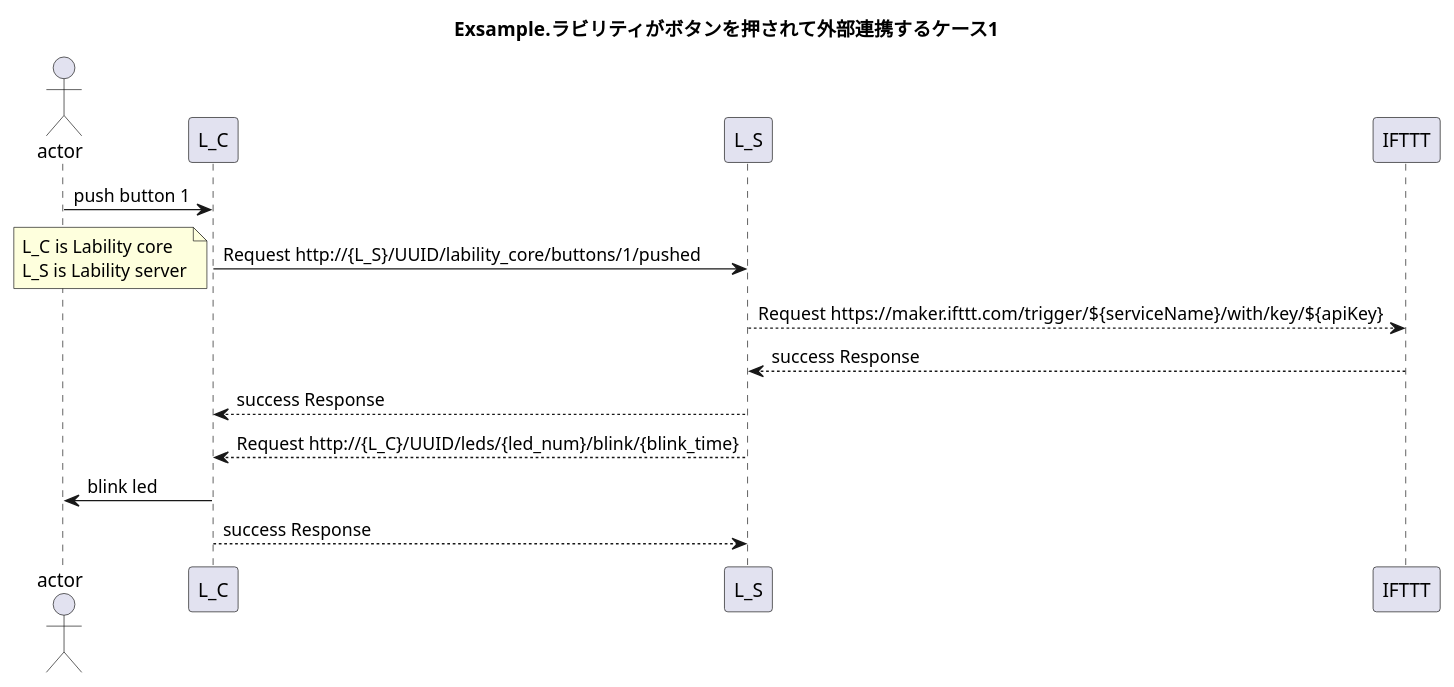
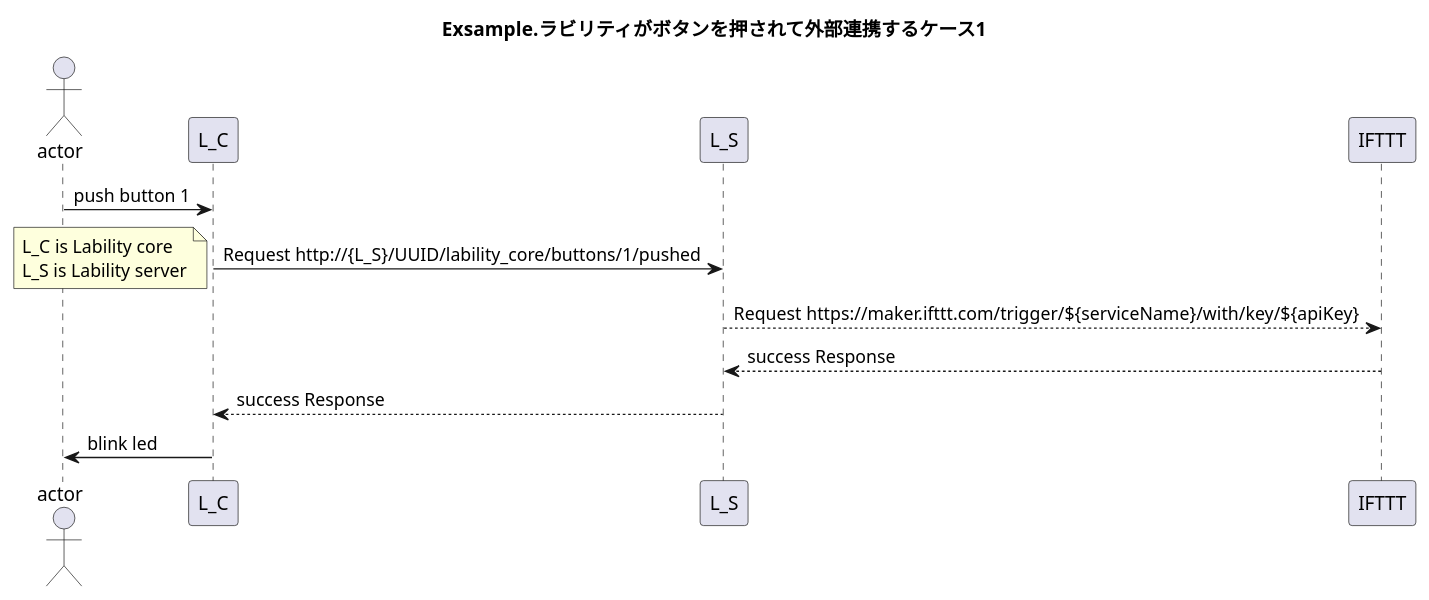
One commit to mkXultra/LablilityHat_software_design changed the diagram in sequence_diagram.pu. Above: the diagram before and after it, drawn with PlantUML. The commit also changed 1 other file, not shown here.

Commit message:
update sequence_diagram

```diff
--- a/sequence_diagram.pu
+++ b/sequence_diagram.pu
@@ -1,14 +1,12 @@
 @startuml
 title Exsample.ラビリティがボタンを押されて外部連携するケース1
 
 actor       actor       as user
 user -> L_C: push button 1
 L_C -> L_S: Request http://{L_S}/UUID/lability_core/buttons/1/pushed
 note left:L_C is Lability core \nL_S is Lability server
 L_S --> IFTTT: Request https://maker.ifttt.com/trigger/${serviceName}/with/key/${apiKey}
 IFTTT --> L_S: success Response
 L_S --> L_C:  success Response
-L_S --> L_C:  Request http://{L_C}/UUID/leds/{led_num}/blink/{blink_time}
 L_C -> user: blink led
-L_C --> L_S:  success Response
 @enduml
```
